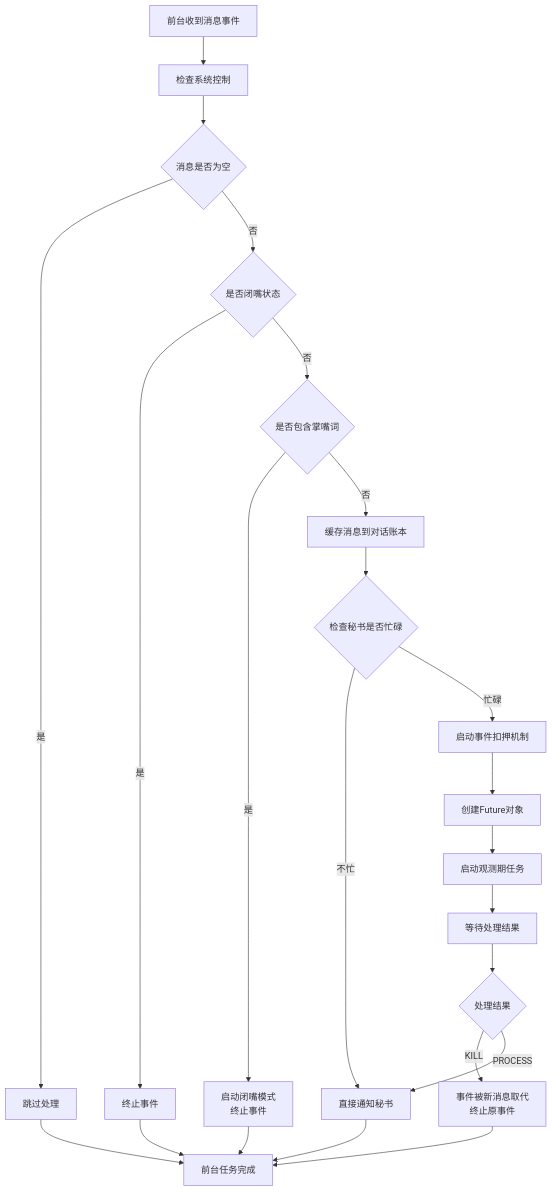
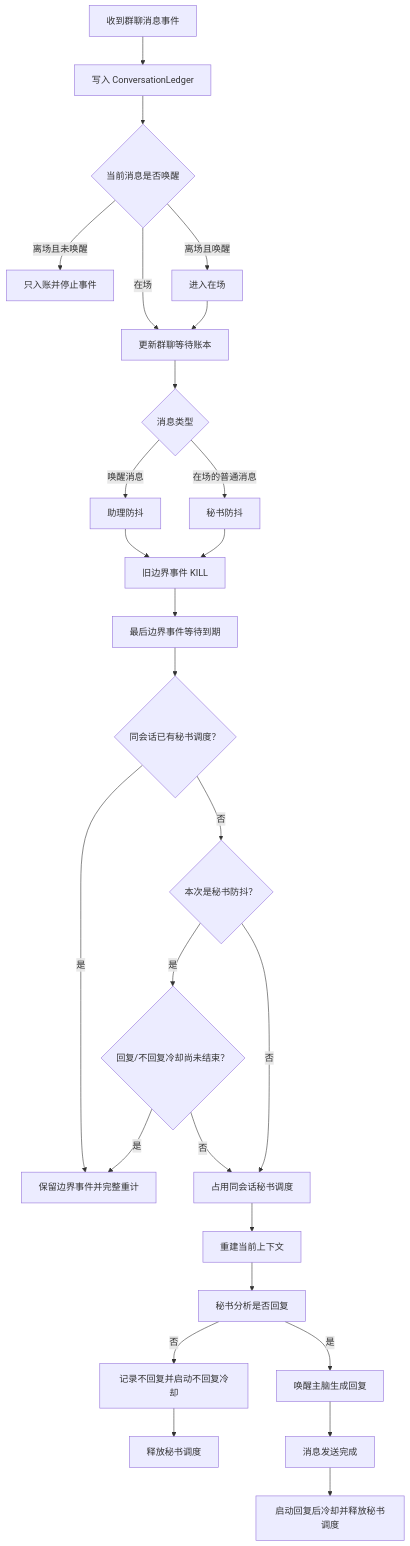
Before and after one commit to kawayiYokami/astrbot_plugin_angel_heart: the diagram in docs/angelheart_workflow.md, drawn with Mermaid. The commit also changed other lines of this file and 4 other files, not shown here.

````diff
--- a/docs/angelheart_workflow.md
+++ b/docs/angelheart_workflow.md
@@ -109,34 +24,29 @@
 ```mermaid
-graph TD
-    A[前台收到消息事件] --> B[检查系统控制]
-
-    B --> B1{消息是否为空}
-    B1 -->|是| B2[跳过处理]
-    B1 -->|否| B3{是否闭嘴状态}
-
-    B3 -->|是| B4[终止事件]
-    B3 -->|否| B5{是否包含掌嘴词}
-
-    B5 -->|是| B6[启动闭嘴模式<br/>终止事件]
-    B5 -->|否| C[缓存消息到对话账本]
-
-    C --> D{检查秘书是否忙碌}
-
-    D -->|不忙| E[直接通知秘书]
-    D -->|忙碌| F[启动事件扣押机制]
-
-    F --> F1[创建Future对象]
-    F1 --> F2[启动观测期任务]
-    F2 --> F3[等待处理结果]
-
-    F3 --> F4{处理结果}
-    F4 -->|KILL| F5[事件被新消息取代<br/>终止原事件]
-    F4 -->|PROCESS| E
-
-    E --> G[前台任务完成]
-    B2 --> G
-    B4 --> G
-    B6 --> G
-    F5 --> G
-
+flowchart TD
+    A[收到群聊消息事件] --> B[写入 ConversationLedger]
+    B --> C{当前消息是否唤醒}
+    C -->|离场且未唤醒| D[只入账并停止事件]
+    C -->|离场且唤醒| E[进入在场]
+    C -->|在场| F[更新群聊等待账本]
+    E --> F
+    F --> G{消息类型}
+    G -->|唤醒消息| H[助理防抖]
+    G -->|在场的普通消息| I[秘书防抖]
+    H --> J[旧边界事件 KILL]
+    I --> J
+    J --> K[最后边界事件等待到期]
+    K --> L{同会话已有秘书调度？}
+    L -->|是| M[保留边界事件并完整重计]
+    L -->|否| N{本次是秘书防抖？}
+    N -->|是| O{回复/不回复冷却尚未结束？}
+    O -->|是| M
+    O -->|否| P[占用同会话秘书调度]
+    N -->|否| P
+    P --> Q[重建当前上下文]
+    Q --> R[秘书分析是否回复]
+    R -->|否| S[记录不回复并启动不回复冷却]
+    R -->|是| T[唤醒主脑生成回复]
+    S --> U[释放秘书调度]
+    T --> V[消息发送完成]
+    V --> W[启动回复后冷却并释放秘书调度]
 ```
````
